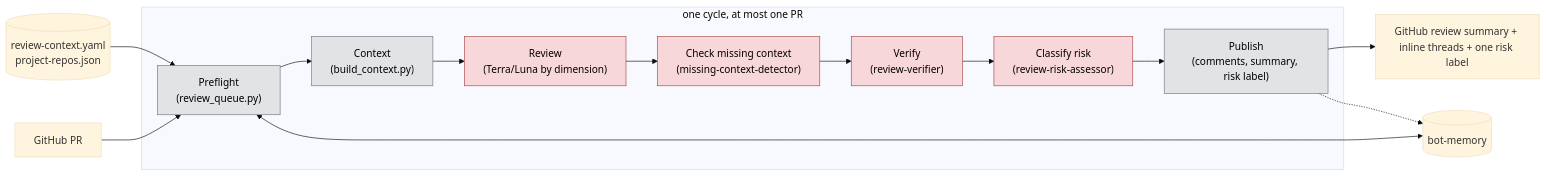
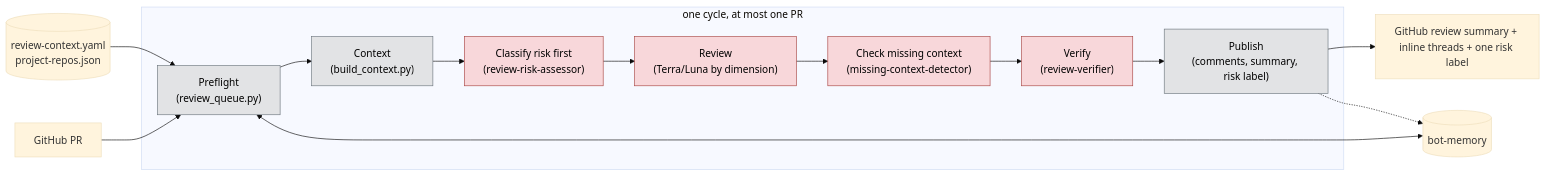
Before and after one commit to Hyperkid123/fabric-access-ai-dev: the first of 4 diagrams in instance/rbac-config-review/agent/workflows/review-only/WORKFLOW.md, drawn with Mermaid (base theme). The commit also changed other lines of this file and 6 other files, not shown here.

First line of the commit message:
feat(review): tighten risk classification

````diff
--- a/instance/rbac-config-review/agent/workflows/review-only/WORKFLOW.md
+++ b/instance/rbac-config-review/agent/workflows/review-only/WORKFLOW.md
@@ -28,21 +28,21 @@
 ```mermaid
 flowchart LR
     Config[("review-context.yaml<br/>project-repos.json")] --> A
     GH1["GitHub PR"] --> A
     Memory[("bot-memory")] <--> A
     subgraph Cycle["one cycle, at most one PR"]
         A["Preflight<br/>(review_queue.py)"] --> B["Context<br/>(build_context.py)"]
-        B --> C["Review<br/>(Terra/Luna by dimension)"]
+        B --> R["Classify risk first<br/>(review-risk-assessor)"]
+        R --> C["Review<br/>(Terra/Luna by dimension)"]
         C --> M["Check missing context<br/>(missing-context-detector)"]
         M --> D["Verify<br/>(review-verifier)"]
-        D --> R["Classify risk<br/>(review-risk-assessor)"]
-        R --> E["Publish<br/>(comments, summary, risk label)"]
+        D --> E["Publish<br/>(comments, summary, risk label)"]
     end
     E --> GH2["GitHub review summary + inline threads + one risk label"]
     E -.-> Memory
 
     classDef script fill:#e2e3e5,stroke:#6c757d,color:#000;
     classDef ai fill:#f8d7da,stroke:#a94442,color:#000;
     class A,B,E script;
     class C,M,D,R ai;
 ```
````
